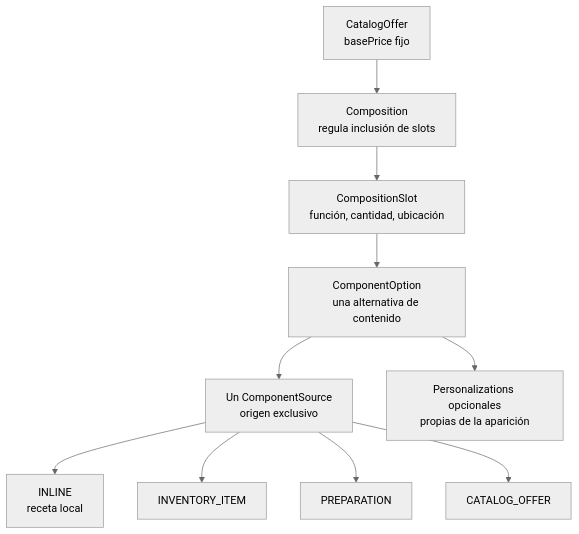
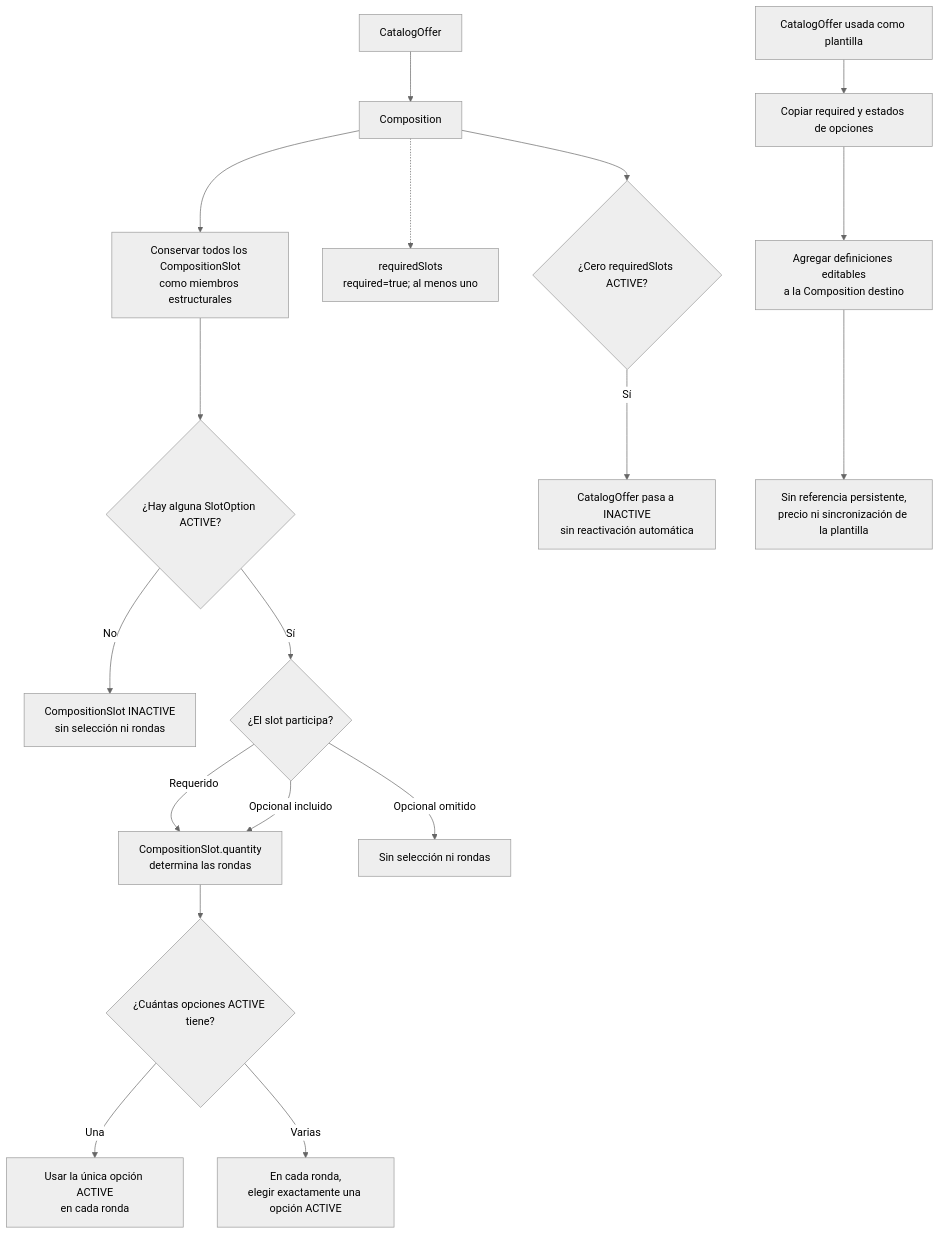
The fourth of 5 diagrams in docs/ers/architechture.md (FMAT-Restaurant/Menu-Documentation), drawn with Mermaid (neutral theme) before and after one commit. The commit also changed other lines of this file and 19 other files, not shown here.

````diff
--- a/docs/ers/architechture.md
+++ b/docs/ers/architechture.md
@@ -384,12 +258,21 @@
 ```mermaid
 flowchart TB
-    Offer["CatalogOffer<br/>basePrice fijo"] --> Composition["Composition<br/>regula inclusión de slots"]
-    Composition --> Slot["CompositionSlot<br/>función, cantidad, ubicación"]
-    Slot --> Option["ComponentOption<br/>una alternativa de contenido"]
-    Option --> Source["Un ComponentSource<br/>origen exclusivo"]
-    Option --> Personalizations["Personalizations opcionales<br/>propias de la aparición"]
-    Source --> Inline["INLINE<br/>receta local"]
-    Source --> Inventory["INVENTORY_ITEM"]
-    Source --> Preparation["PREPARATION"]
-    Source --> CatalogOfferRef["CATALOG_OFFER"]
+    Offer["CatalogOffer"] --> Composition["Composition"]
+    Composition --> AllSlots["Conservar todos los CompositionSlot<br/>como miembros estructurales"]
+    Composition -.-> RequiredSlots["requiredSlots<br/>required=true; al menos uno"]
+    AllSlots --> GroupStatus{"¿Hay alguna SlotOption ACTIVE?"}
+    GroupStatus -->|No| InactiveSlot["CompositionSlot INACTIVE<br/>sin selección ni rondas"]
+    GroupStatus -->|Sí| Participation{"¿El slot participa?"}
+    Participation -->|Requerido| Rounds["CompositionSlot.quantity<br/>determina las rondas"]
+    Participation -->|Opcional incluido| Rounds
+    Participation -->|Opcional omitido| Omitted["Sin selección ni rondas"]
+    Rounds --> Count{"¿Cuántas opciones ACTIVE tiene?"}
+    Count -->|Una| Default["Usar la única opción ACTIVE<br/>en cada ronda"]
+    Count -->|Varias| Choice["En cada ronda,<br/>elegir exactamente una opción ACTIVE"]
+    Composition --> ActiveRequired{"¿Cero requiredSlots ACTIVE?"}
+    ActiveRequired -->|Sí| DeactivateOffer["CatalogOffer pasa a INACTIVE<br/>sin reactivación automática"]
+
+    Template["CatalogOffer usada como plantilla"] --> Copy["Copiar required y estados de opciones"]
+    Copy --> Destination["Agregar definiciones editables<br/>a la Composition destino"]
+    Destination --> Independent["Sin referencia persistente,<br/>precio ni sincronización de la plantilla"]
 ```
````
